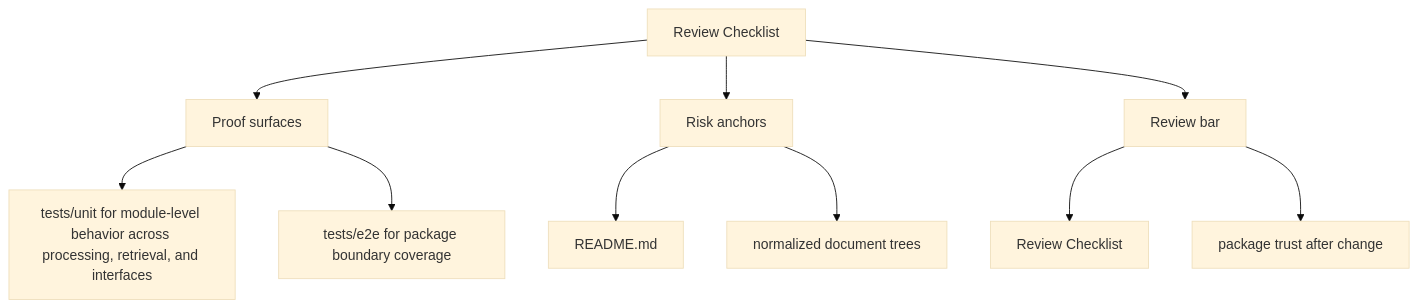
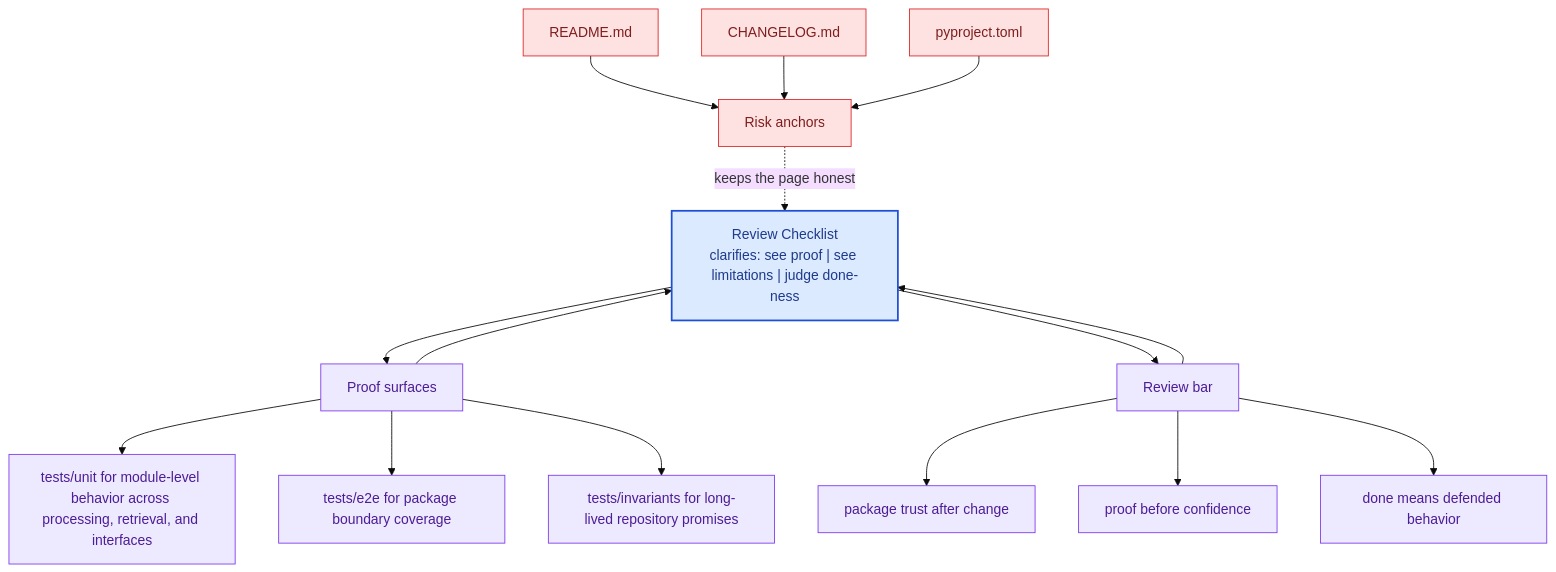
Before and after one commit to bijux/bijux-canon: the second of 2 diagrams in docs/bijux-canon-ingest/quality/review-checklist.md, drawn with Mermaid (base theme). The commit also changed other lines of this file and 281 other files, not shown here.

Commit message:
docs(diagrams): deepen handbook mermaid maps across the catalog

````diff
--- a/docs/bijux-canon-ingest/quality/review-checklist.md
+++ b/docs/bijux-canon-ingest/quality/review-checklist.md
@@ -34,22 +67,41 @@
 ```mermaid
-flowchart TD
-    page["Review Checklist"]
+flowchart TB
+    promise["Review Checklist<br/>clarifies: see proof | see limitations | judge done-ness"]
+    classDef promise fill:#dbeafe,stroke:#1d4ed8,color:#1e3a8a,stroke-width:2px;
+    classDef driver fill:#dcfce7,stroke:#16a34a,color:#14532d;
+    classDef constraint fill:#fee2e2,stroke:#dc2626,color:#7f1d1d;
+    classDef ground fill:#ede9fe,stroke:#7c3aed,color:#4c1d95;
     focus1["Proof surfaces"]
-    page --> focus1
+    focus1 --> promise
+    promise --> focus1
     focus1_1["tests/unit for module-level behavior across processing, retrieval, and interfaces"]
     focus1 --> focus1_1
     focus1_2["tests/e2e for package boundary coverage"]
     focus1 --> focus1_2
+    focus1_3["tests/invariants for long-lived repository promises"]
+    focus1 --> focus1_3
+    class focus1 ground;
+    class focus1_1,focus1_2,focus1_3 ground;
     focus2["Risk anchors"]
-    page --> focus2
+    focus2 -.keeps the page honest.-> promise
     focus2_1["README.md"]
-    focus2 --> focus2_1
-    focus2_2["normalized document trees"]
-    focus2 --> focus2_2
+    focus2_1 --> focus2
+    focus2_2["CHANGELOG.md"]
+    focus2_2 --> focus2
+    focus2_3["pyproject.toml"]
+    focus2_3 --> focus2
+    class focus2 constraint;
+    class focus2_1,focus2_2,focus2_3 constraint;
     focus3["Review bar"]
-    page --> focus3
-    focus3_1["Review Checklist"]
+    focus3 --> promise
+    promise --> focus3
+    focus3_1["package trust after change"]
     focus3 --> focus3_1
-    focus3_2["package trust after change"]
+    focus3_2["proof before confidence"]
     focus3 --> focus3_2
+    focus3_3["done means defended behavior"]
+    focus3 --> focus3_3
+    class focus3 ground;
+    class focus3_1,focus3_2,focus3_3 ground;
+    class promise promise;
 ```
````
